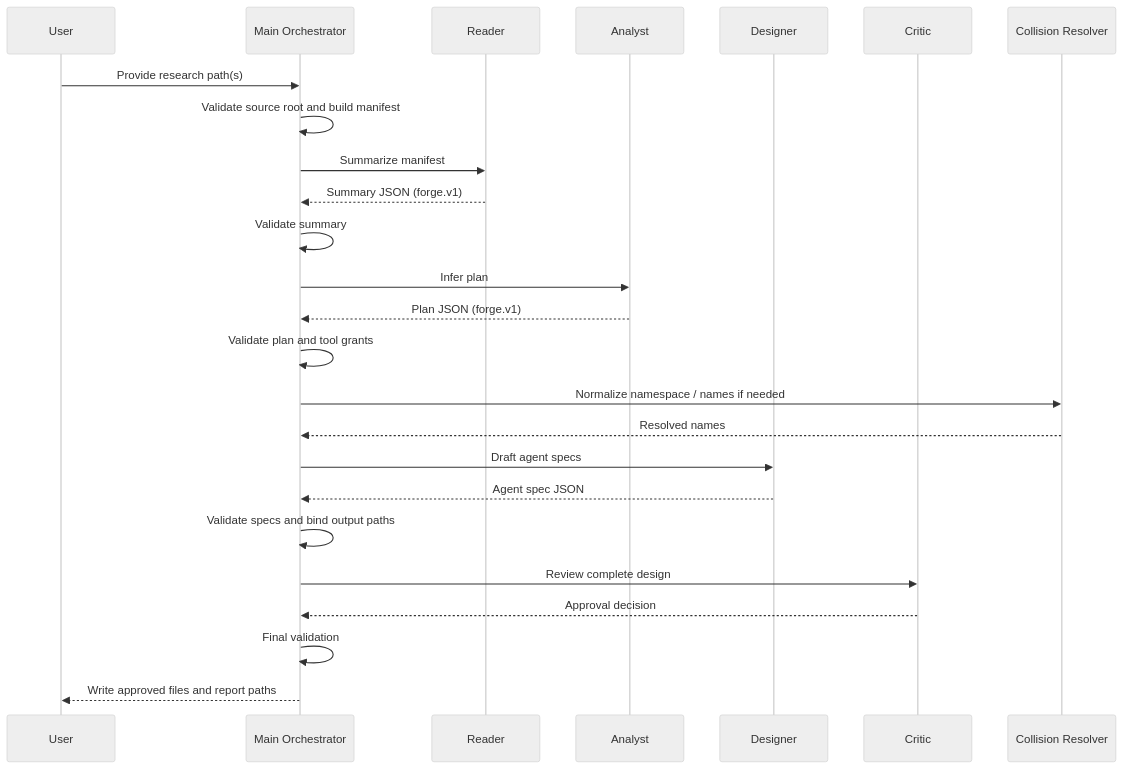
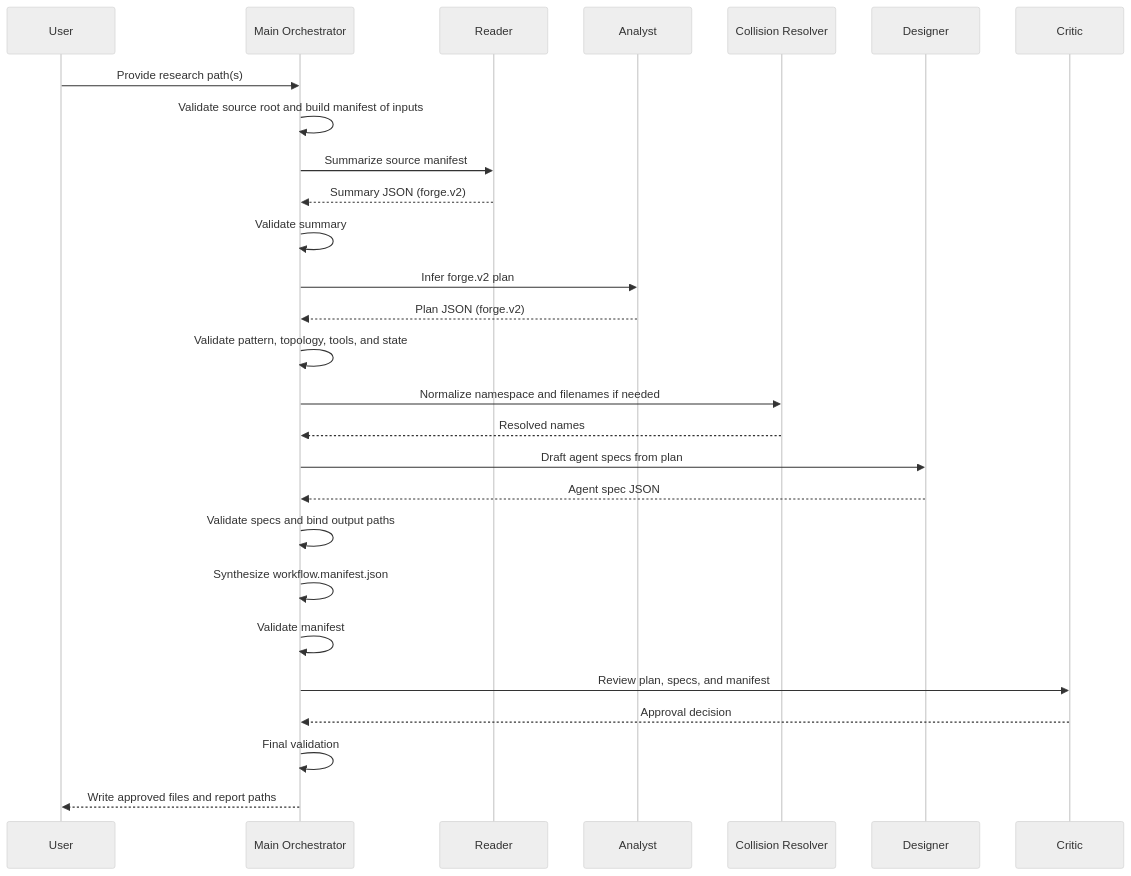
Before and after one commit to LehlomelaM/agents: the third of 3 diagrams in forge/README.md, drawn with Mermaid (neutral theme). The commit also changed other lines of this file and 6 other files, not shown here.

Commit message:
add forge v2 workflow manifest model

````diff
--- a/forge/README.md
+++ b/forge/README.md
@@ -160,28 +279,30 @@
 ```mermaid
 sequenceDiagram
     participant U as User
     participant M as Main Orchestrator
     participant R as Reader
     participant A as Analyst
+    participant X as Collision Resolver
     participant D as Designer
     participant C as Critic
-    participant X as Collision Resolver
 
     U->>M: Provide research path(s)
-    M->>M: Validate source root and build manifest
-    M->>R: Summarize manifest
-    R-->>M: Summary JSON (forge.v1)
+    M->>M: Validate source root and build manifest of inputs
+    M->>R: Summarize source manifest
+    R-->>M: Summary JSON (forge.v2)
     M->>M: Validate summary
-    M->>A: Infer plan
-    A-->>M: Plan JSON (forge.v1)
-    M->>M: Validate plan and tool grants
-    M->>X: Normalize namespace / names if needed
+    M->>A: Infer forge.v2 plan
+    A-->>M: Plan JSON (forge.v2)
+    M->>M: Validate pattern, topology, tools, and state
+    M->>X: Normalize namespace and filenames if needed
     X-->>M: Resolved names
-    M->>D: Draft agent specs
+    M->>D: Draft agent specs from plan
     D-->>M: Agent spec JSON
     M->>M: Validate specs and bind output paths
-    M->>C: Review complete design
+    M->>M: Synthesize workflow.manifest.json
+    M->>M: Validate manifest
+    M->>C: Review plan, specs, and manifest
     C-->>M: Approval decision
     M->>M: Final validation
     M-->>U: Write approved files and report paths
 ```
````
